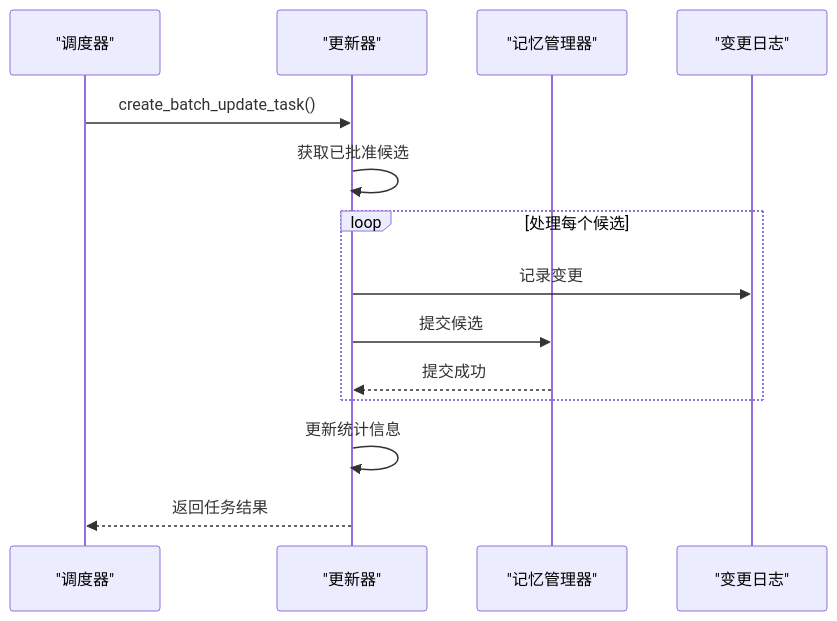
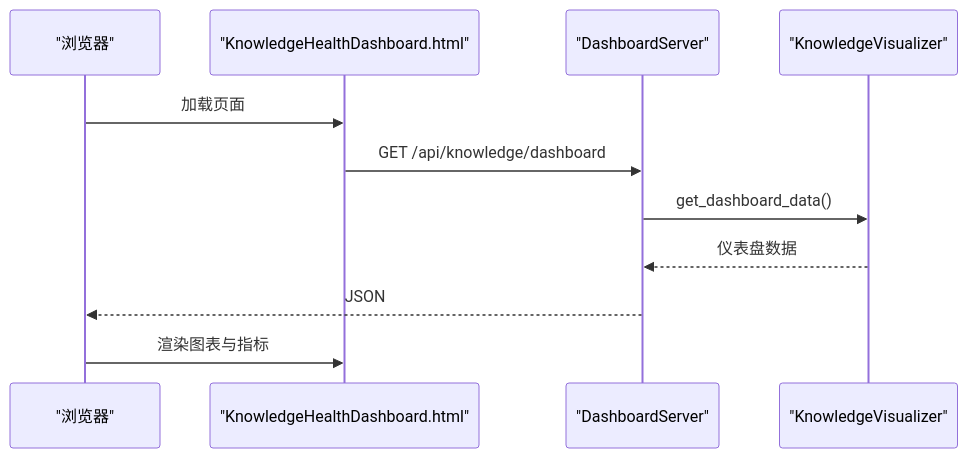
One commit to JieGaoPrinceton/NecoRAG changed the sixth of 7 diagrams in .qoder/repowiki/zh/content/知识演化系统/知识演化系统.md. Above: the diagram before and after it, drawn with Mermaid. The commit also changed other lines of this file and 181 other files, not shown here.

````diff
--- a/.qoder/repowiki/zh/content/知识演化系统/知识演化系统.md
+++ b/.qoder/repowiki/zh/content/知识演化系统/知识演化系统.md
@@ -188,16 +294,13 @@
 ```mermaid
 sequenceDiagram
-participant Scheduler as "调度器"
-participant Updater as "更新器"
-participant Memory as "记忆管理器"
-participant Log as "变更日志"
-Scheduler->>Updater : create_batch_update_task()
-Updater->>Updater : 获取已批准候选
-loop 处理每个候选
-Updater->>Log : 记录变更
-Updater->>Memory : 提交候选
-Memory-->>Updater : 提交成功
-end
-Updater->>Updater : 更新统计信息
-Updater-->>Scheduler : 返回任务结果
+participant Browser as "浏览器"
+participant Dashboard as "KnowledgeHealthDashboard.html"
+participant API as "DashboardServer"
+participant Visual as "KnowledgeVisualizer"
+Browser->>Dashboard : 加载页面
+Dashboard->>API : GET /api/knowledge/dashboard
+API->>Visual : get_dashboard_data()
+Visual-->>API : 仪表盘数据
+API-->>Browser : JSON
+Browser->>Dashboard : 渲染图表与指标
 ```
````
